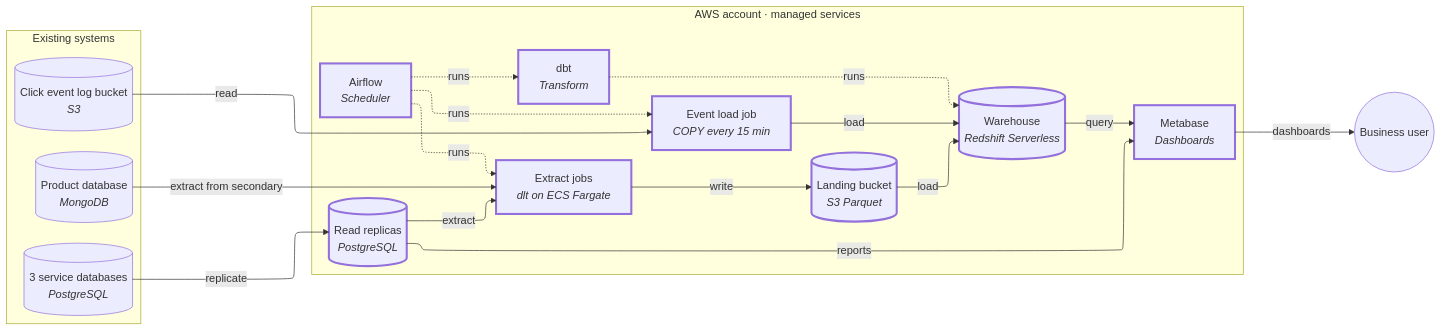
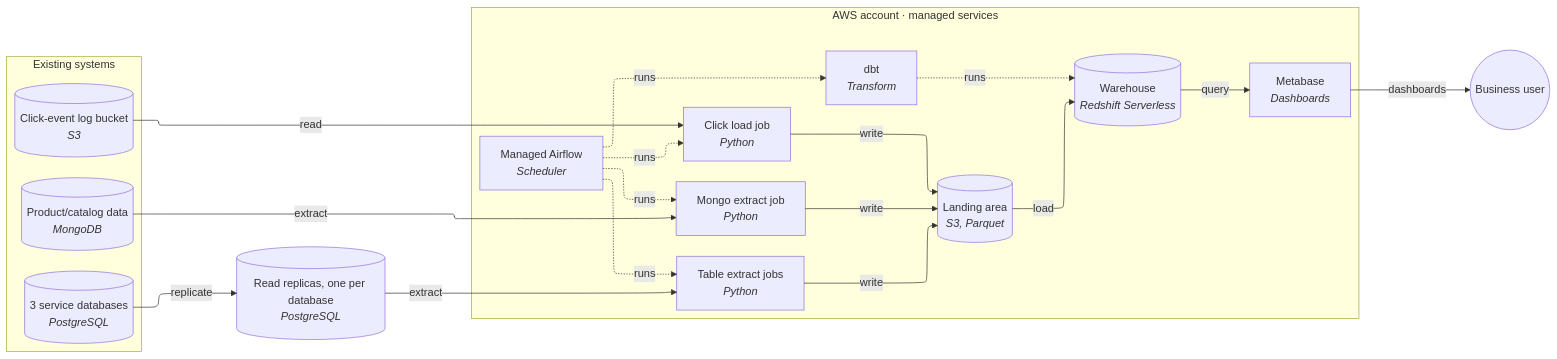
The first of 2 diagrams in demo/1-new-platform-aws/platform-design.md (si1verwind17/data-engineering-skills), drawn with Mermaid before and after one commit. The commit also changed other lines of this file and 3 other files, not shown here.

````diff
--- a/demo/1-new-platform-aws/platform-design.md
+++ b/demo/1-new-platform-aws/platform-design.md
@@ -11,39 +20,33 @@
 ```mermaid
 ---
 config:
   layout: elk
 ---
 flowchart LR
   subgraph existing[Existing systems]
     pg[("3 service databases<br/><i>PostgreSQL</i>")]
-    mongo[("Product database<br/><i>MongoDB</i>")]
-    logs[("Click event log bucket<br/><i>S3</i>")]
+    mongo[("Product/catalog data<br/><i>MongoDB</i>")]
+    logs[("Click-event log bucket<br/><i>S3</i>")]
   end
+  rep[("Read replicas, one per database<br/><i>PostgreSQL</i>")]
   subgraph aws[AWS account · managed services]
-    rep[("Read replicas<br/><i>PostgreSQL</i>")]
-    sched["Airflow<br/><i>Scheduler</i>"]
-    extract["Extract jobs<br/><i>dlt on ECS Fargate</i>"]
-    land[("Landing bucket<br/><i>S3 Parquet</i>")]
-    evload["Event load job<br/><i>COPY every 15 min</i>"]
+    sched["Managed Airflow<br/><i>Scheduler</i>"]
+    pgjob["Table extract jobs<br/><i>Python</i>"]
+    mjob["Mongo extract job<br/><i>Python</i>"]
+    cjob["Click load job<br/><i>Python</i>"]
+    land[("Landing area<br/><i>S3, Parquet</i>")]
     wh[("Warehouse<br/><i>Redshift Serverless</i>")]
     dbt["dbt<br/><i>Transform</i>"]
     bi["Metabase<br/><i>Dashboards</i>"]
   end
   user((Business user))
-  pg -- replicate --> rep
-  rep -- extract --> extract
-  mongo -- extract from secondary --> extract
-  extract -- write --> land
-  land -- load --> wh
-  logs -- read --> evload
-  evload -- load --> wh
-  wh -- query --> bi
-  bi -- dashboards --> user
-  rep -- reports --> bi
-  sched -. runs .-> extract
-  sched -. runs .-> evload
+  pg -- replicate --> rep -- extract --> pgjob -- write --> land
+  mongo -- extract --> mjob -- write --> land
+  logs -- read --> cjob -- write --> land
+  land -- load --> wh -- query --> bi -- dashboards --> user
+  sched -. runs .-> pgjob
+  sched -. runs .-> mjob
+  sched -. runs .-> cjob
   sched -. runs .-> dbt
   dbt -. runs .-> wh
-  classDef new stroke-width:3px
-  class rep,sched,extract,land,evload,wh,dbt,bi new
 ```
````
